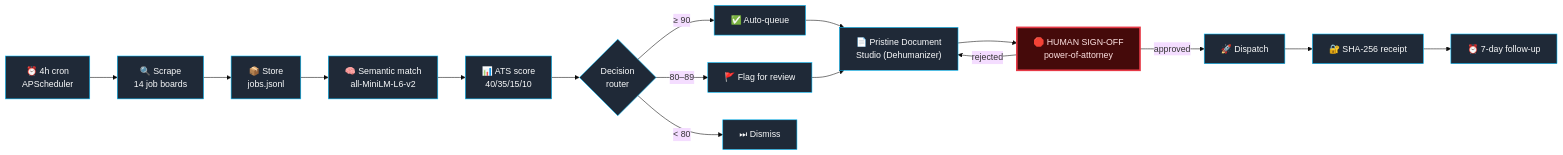
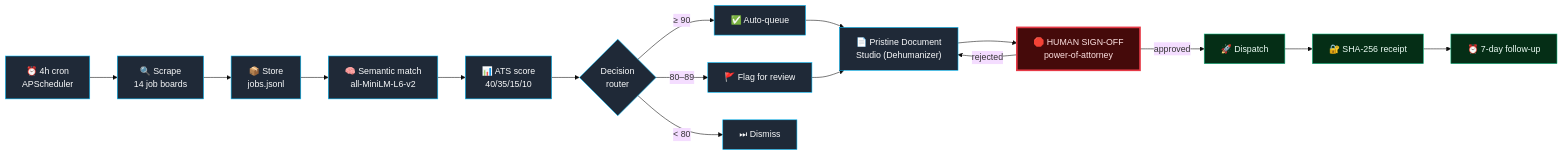
Before and after one commit to jmlusu/athena: the second of 2 diagrams in ARCHITECTURE.md, drawn with Mermaid. The commit also changed other lines of this file and 3 other files, not shown here.

First line of the commit message:
docs/ci: update config, CI, and docs for two-lane architecture

````diff
--- a/ARCHITECTURE.md
+++ b/ARCHITECTURE.md
@@ -157,25 +140,26 @@
 ```mermaid
 %%{init: {'theme':'base'}}%%
 graph LR
     A["⏰ 4h cron<br/>APScheduler"] --> B["🔍 Scrape<br/>14 job boards"]
     B --> C["📦 Store<br/>jobs.jsonl"]
     C --> D["🧠 Semantic match<br/>all-MiniLM-L6-v2"]
     D --> E["📊 ATS score<br/>40/35/15/10"]
     E --> F{"Decision<br/>router"}
     F -->|"≥ 90"| G["✅ Auto-queue"]
     F -->|"80–89"| H["🚩 Flag for review"]
     F -->|"< 80"| C2["⏭ Dismiss"]
     G --> I["📄 Pristine Document<br/>Studio (Dehumanizer)"]
     H --> I
     I --> J["🛑 HUMAN SIGN-OFF<br/>power-of-attorney"]
     J -->|"approved"| K["🚀 Dispatch"]
     J -->|"rejected"| I
     K --> L["🔐 SHA-256 receipt"]
     L --> M["⏰ 7-day follow-up"]
 
     classDef step fill:#1F2937,stroke:#00BFFF,color:#F9FAFB
     classDef gate fill:#450A0A,stroke:#E63946,stroke-width:3px,color:#FEE2E2
     classDef ok fill:#052E16,stroke:#10B981,color:#ECFDF5
     class A,B,C,D,E,F,G,H,C2,I,K,L,M step
     class J gate
+    class K,L,M ok
 ```
````
